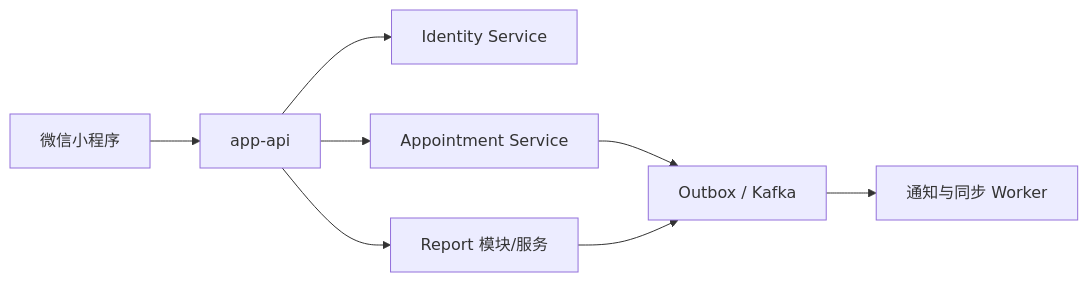
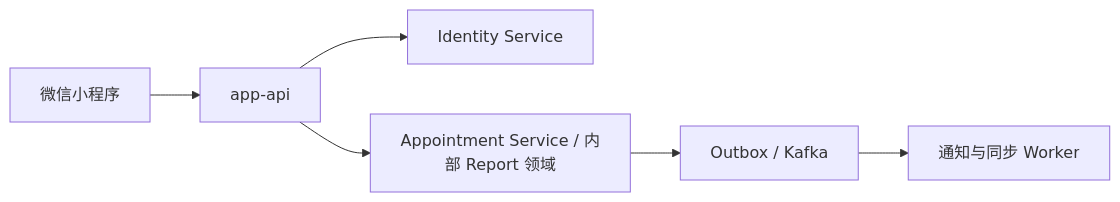
Before and after one commit to bctd7/Hospital: the diagram in plan/backend/overview/02-service-and-data-boundaries.md, drawn with Mermaid. The commit also changed other lines of this file and 151 other files, not shown here.

````diff
--- a/plan/backend/overview/02-service-and-data-boundaries.md
+++ b/plan/backend/overview/02-service-and-data-boundaries.md
@@ -76,11 +79,9 @@
 ```mermaid
 flowchart LR
     MINI["微信小程序"] --> API["app-api"]
     API --> ID["Identity Service"]
-    API --> APPT["Appointment Service"]
-    API --> REPORT["Report 模块/服务"]
+    API --> APPT["Appointment Service / 内部 Report 领域"]
 
     APPT --> EVENT["Outbox / Kafka"]
-    REPORT --> EVENT
     EVENT --> WORKER["通知与同步 Worker"]
 ```
````
